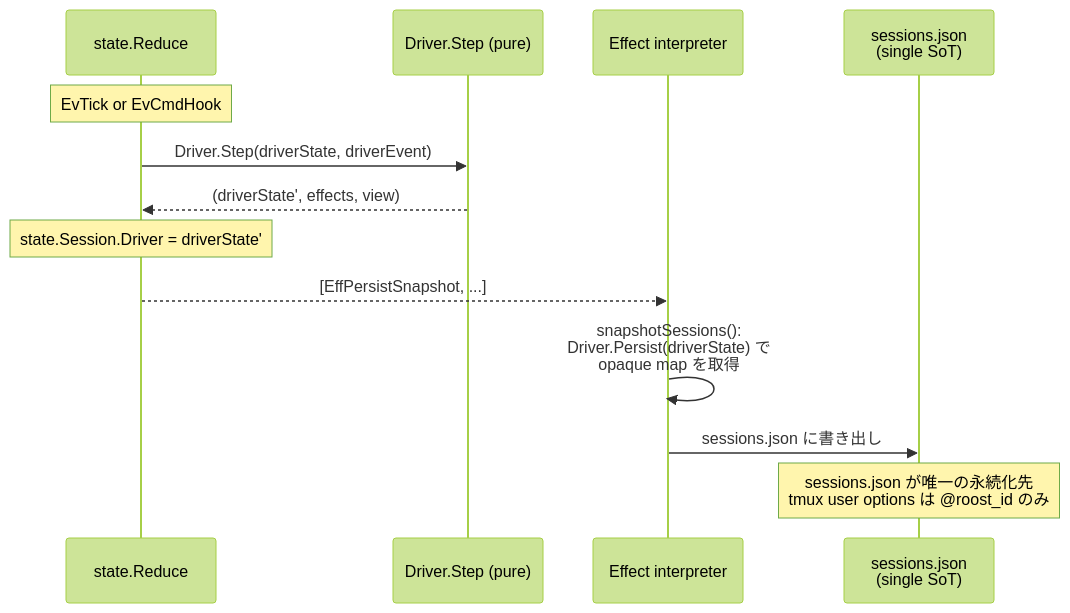
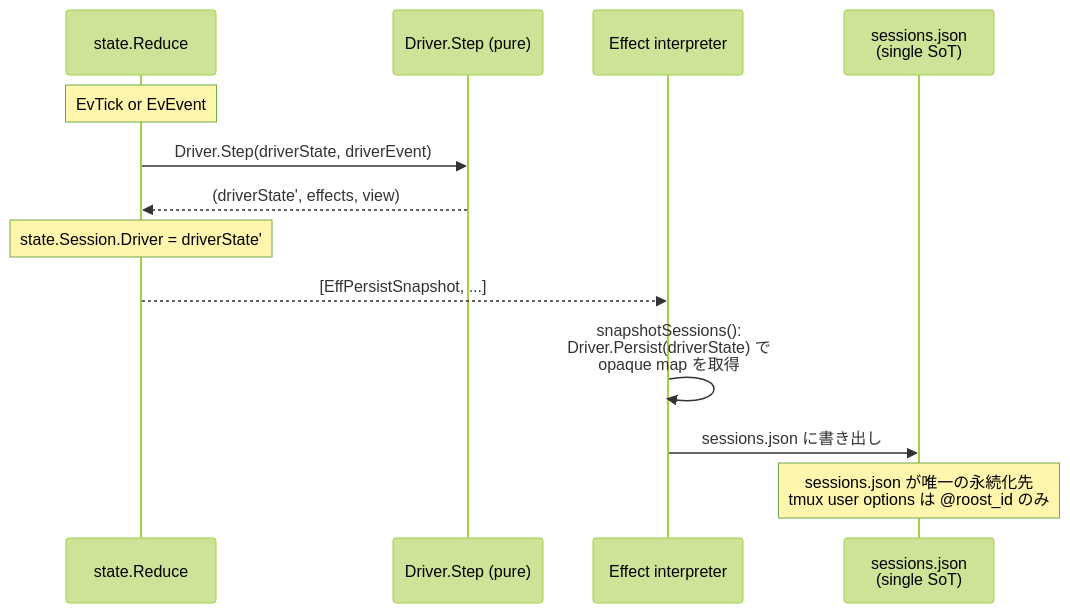
Before and after one commit to takezoh/agent-roost: the fourth of 5 diagrams in docs/state-monitoring.md, drawn with Mermaid (forest theme). The commit also changed other lines of this file and 40 other files, not shown here.

First line of the commit message:
Unify IPC event system with CmdEvent and generic RegisterEvent dispatch

````diff
--- a/docs/state-monitoring.md
+++ b/docs/state-monitoring.md
@@ -247,16 +247,16 @@
 ```mermaid
 sequenceDiagram
     participant Red as state.Reduce
     participant Drv as Driver.Step (pure)
     participant Interp as Effect interpreter
     participant JSON as sessions.json<br/>(single SoT)
 
-    Note over Red: EvTick or EvCmdHook
+    Note over Red: EvTick or EvEvent
     Red->>Drv: Driver.Step(driverState, driverEvent)
     Drv-->>Red: (driverState', effects, view)
     Note over Red: state.Session.Driver = driverState'
     Red-->>Interp: [EffPersistSnapshot, ...]
     Interp->>Interp: snapshotSessions():<br/>Driver.Persist(driverState) で<br/>opaque map を取得
     Interp->>JSON: sessions.json に書き出し
     Note over JSON: sessions.json が唯一の永続化先<br/>tmux user options は @roost_id のみ
 ```
````
